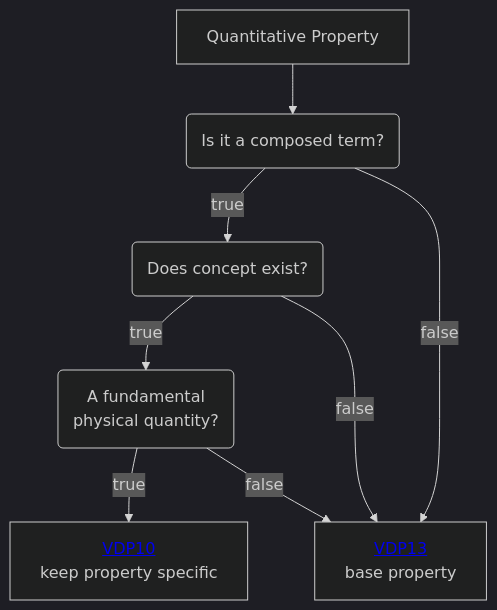
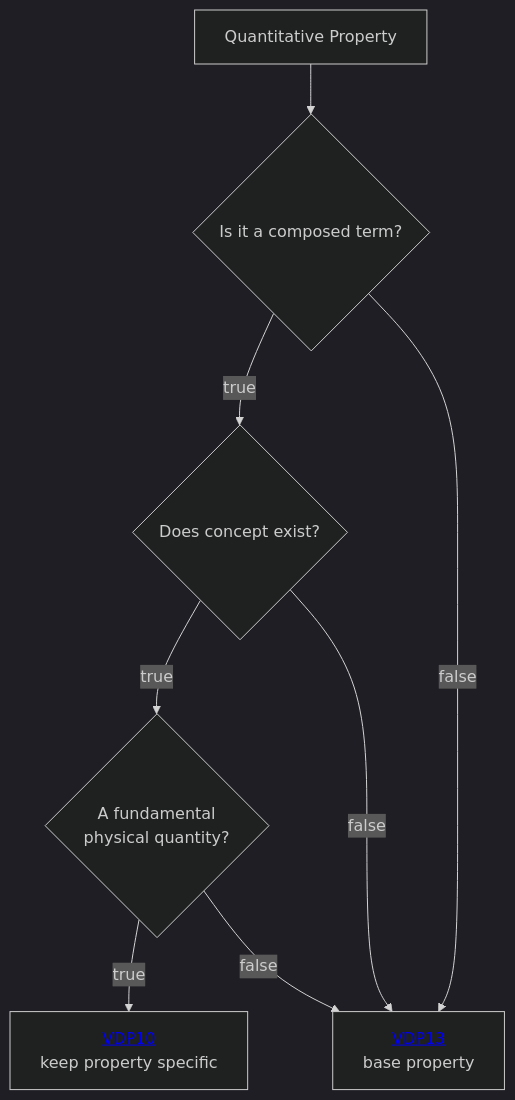
Before and after one commit to mabablue/I-ADOPT-patterns-playground: the diagram in Decisition_trees/DT1.mmd, drawn with Mermaid (dark theme).

Commit message:
Refactor flowchart nodes to use curly braces

```diff
--- a/Decisition_trees/DT1.mmd
+++ b/Decisition_trees/DT1.mmd
@@ -1,8 +1,8 @@
 flowchart TD
-    A[Quantitative Property] --> B(Is it a composed term?)
-    B --> |true|E(Does concept exist?)
+    A[Quantitative Property] --> B{Is it a composed term?}
+    B --> |true|E{Does concept exist?}
     B --> |false|D[<a href='https://github.com/mabablue/I-ADOPT-patterns-playground/blob/main/pattern/VDP13.yaml'>VDP13</a> <br> base property]
-    E -->|true|F(A fundamental <br> physical quantity?)
+    E -->|true|F{A fundamental <br> physical quantity?}
     E --> |false|D
     F --> |true|H[<a href='https://github.com/mabablue/I-ADOPT-patterns-playground/blob/main/pattern/VDP10.yaml'>VDP10</a> <br> keep property specific]
     F --> |false|D
```
